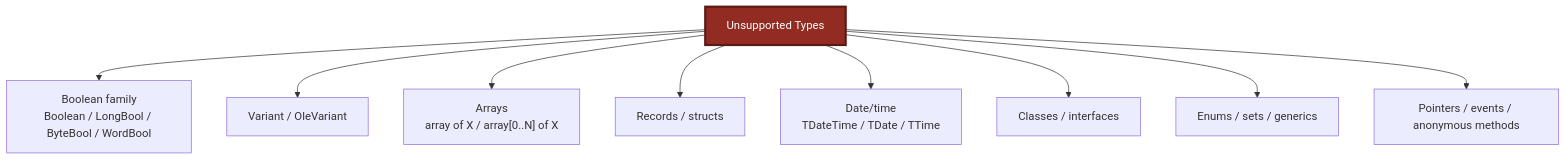
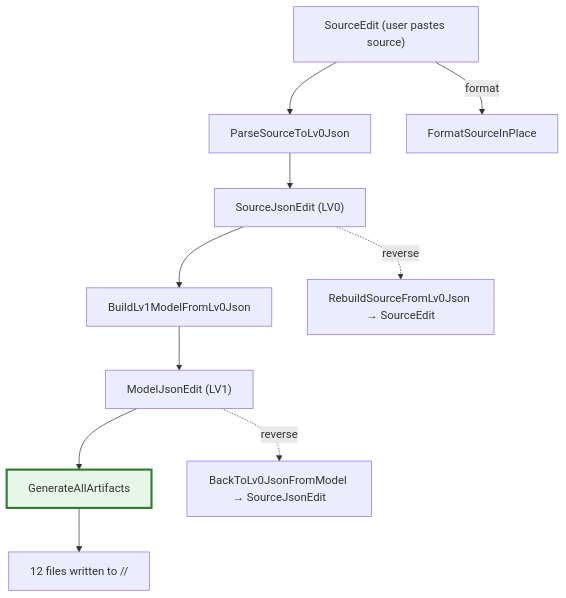
One commit to PassByYou888/LingoFuse-Tools changed the fourth of 7 diagrams in src/pascal_c_to_mcp/code_decl_to_mcp_knowledge_base.md. Above: the diagram before and after it, drawn with Mermaid. The commit also changed other lines of this file and 35 other files, not shown here.

````diff
--- a/src/pascal_c_to_mcp/code_decl_to_mcp_knowledge_base.md
+++ b/src/pascal_c_to_mcp/code_decl_to_mcp_knowledge_base.md
@@ -432,14 +199,15 @@
 ```mermaid
 flowchart TD
-    Root["Unsupported Types"]
-    Root --> A["Boolean family<br/>Boolean / LongBool / ByteBool / WordBool"]
-    Root --> B["Variant / OleVariant"]
-    Root --> C["Arrays<br/>array of X / array[0..N] of X"]
-    Root --> D["Records / structs"]
-    Root --> E["Date/time<br/>TDateTime / TDate / TTime"]
-    Root --> F["Classes / interfaces"]
-    Root --> G["Enums / sets / generics"]
-    Root --> H["Pointers / events / anonymous methods"]
+    A["SourceEdit (user pastes source)"] --> B["ParseSourceToLv0Json"]
+    B --> C["SourceJsonEdit (LV0)"]
+    C --> D["BuildLv1ModelFromLv0Json"]
+    D --> E["ModelJsonEdit (LV1)"]
+    E --> F["GenerateAllArtifacts"]
+    F --> G["12 files written to <exe>/<Unit>/"]
 
-    style Root fill:#922B21,stroke:#5A1A14,stroke-width:3px,color:#FFFFFF
+    C -.->|reverse| A2["RebuildSourceFromLv0Json → SourceEdit"]
+    E -.->|reverse| C2["BackToLv0JsonFromModel → SourceJsonEdit"]
+    A -->|format| A3["FormatSourceInPlace"]
+
+    style F fill:#e8f5e9,stroke:#2e7d32,stroke-width:3px
 ```
````
